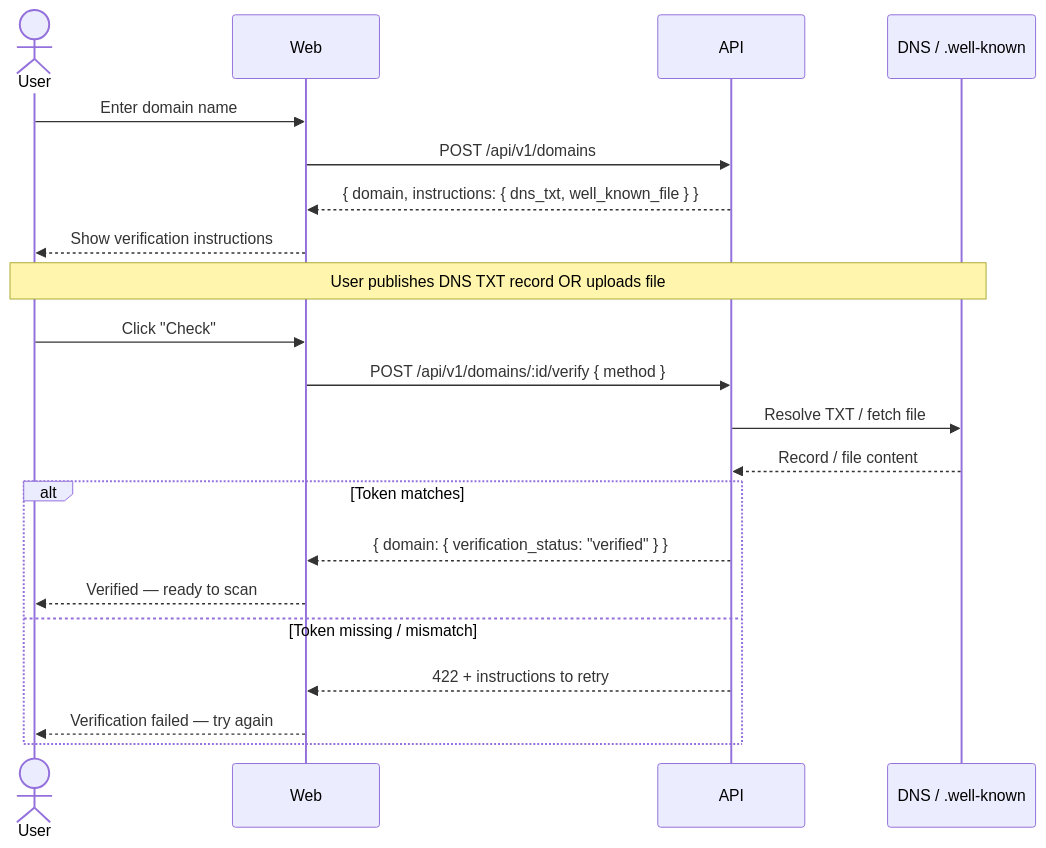
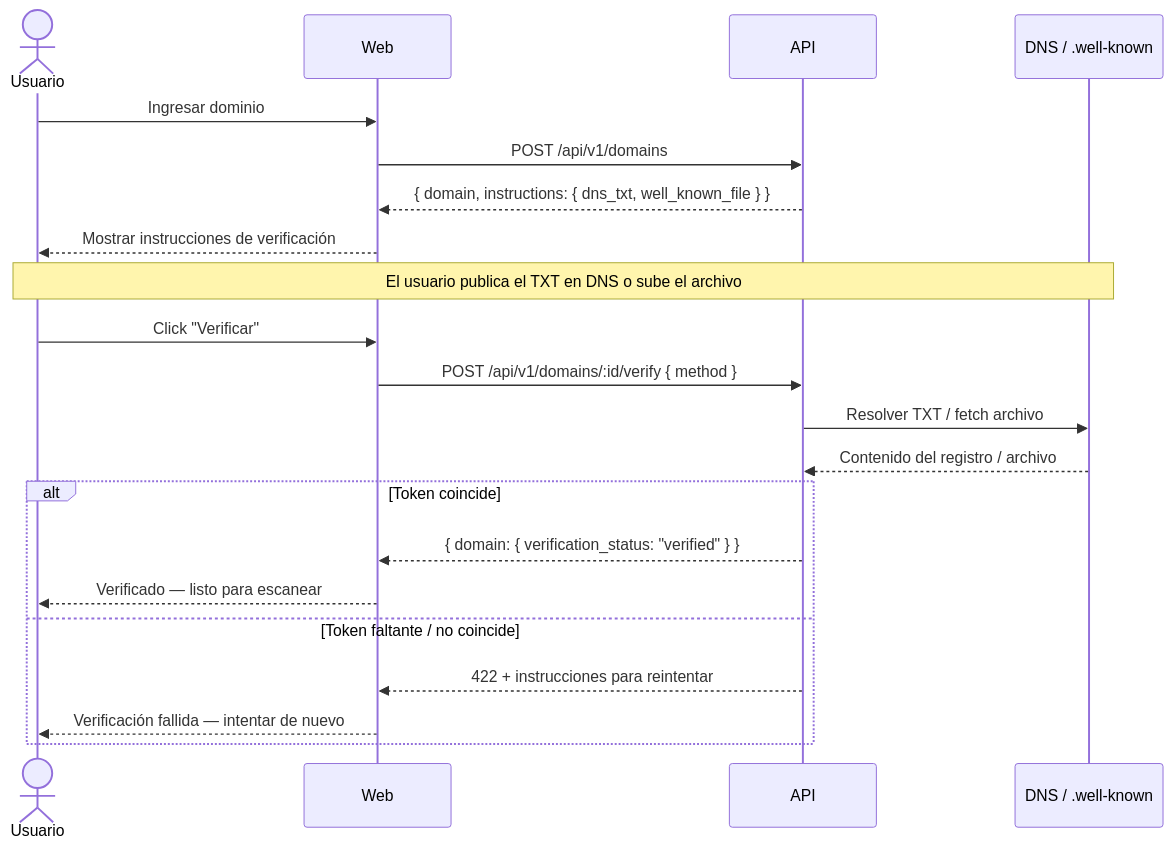
One commit to francovillagra/recon-scope changed the second of 2 diagrams in README.md. Above: the diagram before and after it, drawn with Mermaid. The commit also changed other lines of this file, not shown here.

````diff
--- a/README.md
+++ b/README.md
@@ -72,26 +72,26 @@
 ```mermaid
 sequenceDiagram
-    actor User
+    actor Usuario
     participant Web
     participant API
-    participant DNS/File as DNS / .well-known
+    participant DNS/Archivo as DNS / .well-known
 
-    User->>Web: Enter domain name
+    Usuario->>Web: Ingresar dominio
     Web->>API: POST /api/v1/domains
     API-->>Web: { domain, instructions: { dns_txt, well_known_file } }
-    Web-->>User: Show verification instructions
+    Web-->>Usuario: Mostrar instrucciones de verificación
 
-    Note over User,DNS/File: User publishes DNS TXT record OR uploads file
+    Note over Usuario,DNS/Archivo: El usuario publica el TXT en DNS o sube el archivo
 
-    User->>Web: Click "Check"
+    Usuario->>Web: Click "Verificar"
     Web->>API: POST /api/v1/domains/:id/verify { method }
-    API->>DNS/File: Resolve TXT / fetch file
-    DNS/File-->>API: Record / file content
-    alt Token matches
+    API->>DNS/Archivo: Resolver TXT / fetch archivo
+    DNS/Archivo-->>API: Contenido del registro / archivo
+    alt Token coincide
         API-->>Web: { domain: { verification_status: "verified" } }
-        Web-->>User: Verified — ready to scan
-    else Token missing / mismatch
-        API-->>Web: 422 + instructions to retry
-        Web-->>User: Verification failed — try again
+        Web-->>Usuario: Verificado — listo para escanear
+    else Token faltante / no coincide
+        API-->>Web: 422 + instrucciones para reintentar
+        Web-->>Usuario: Verificación fallida — intentar de nuevo
     end
 ```
````
